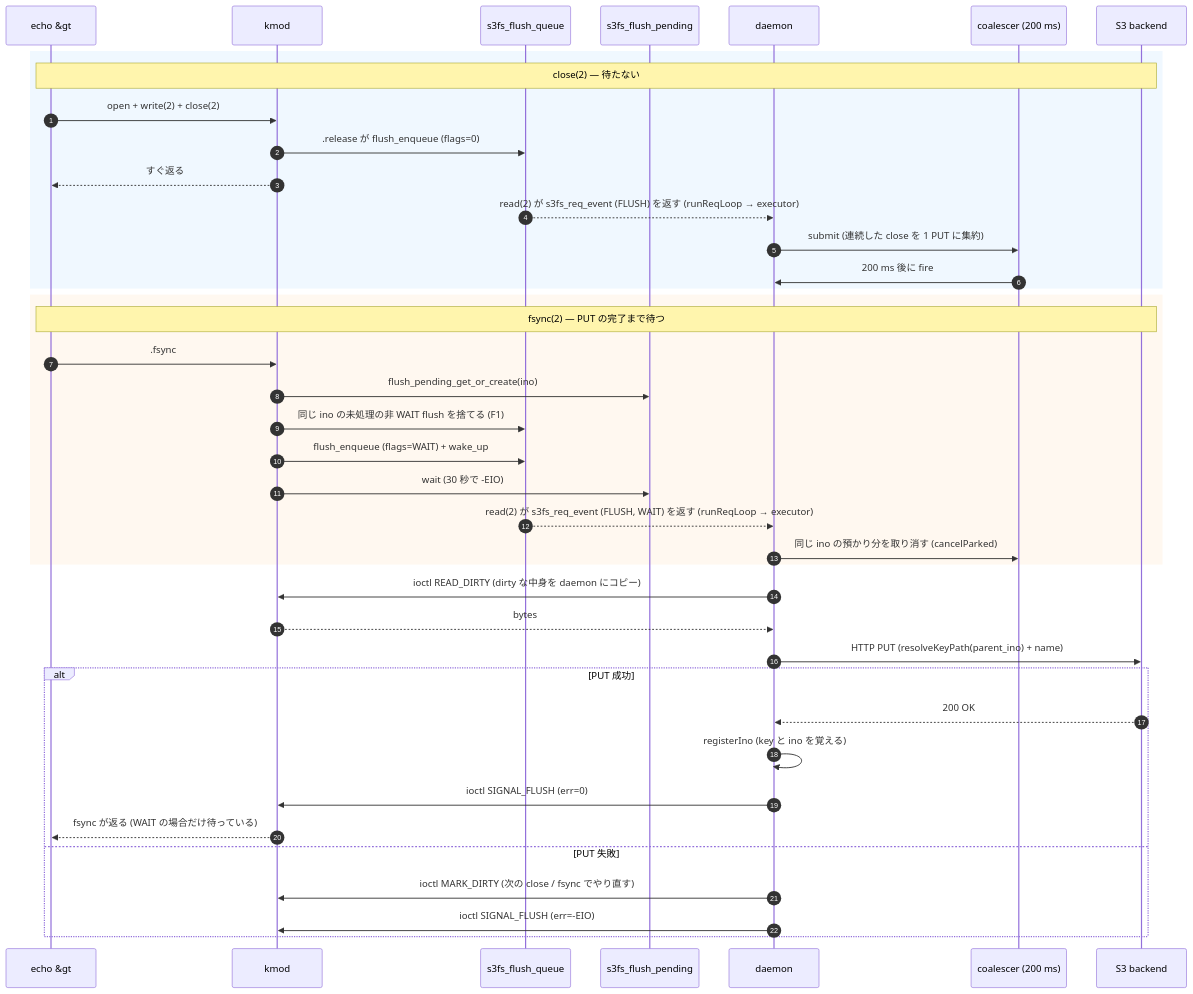
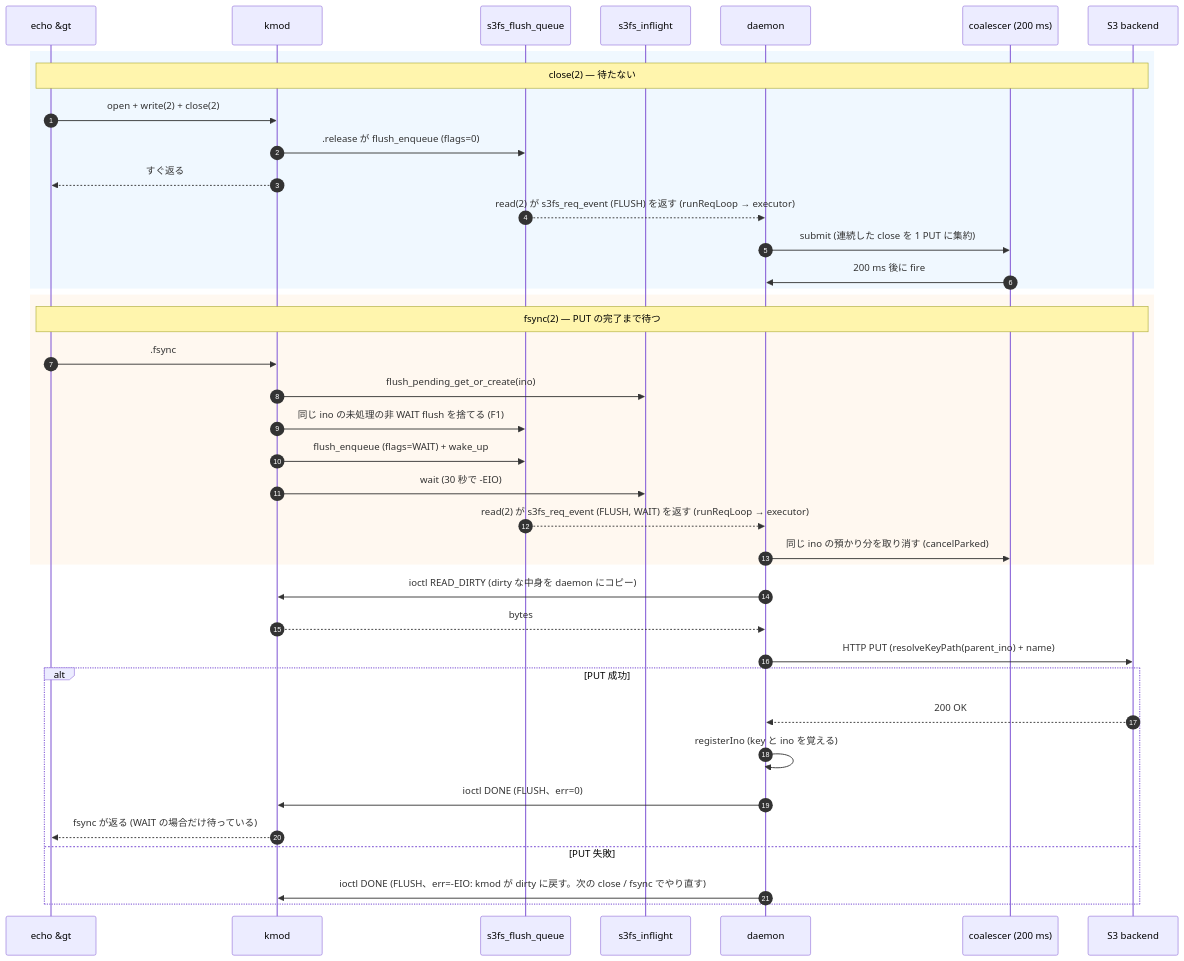
The third of 5 diagrams in docs/design/component-communication.md (masu-mi/s3fs-ebpf), drawn with Mermaid before and after one commit. The commit also changed other lines of this file and 33 other files, not shown here.

First line of the commit message:
v2 Phase 4 (part 3): one inflight table and one DONE ioctl; fsync waits for an in-flight flush (AC-96)

````diff
--- a/docs/design/component-communication.md
+++ b/docs/design/component-communication.md
@@ -203,45 +201,44 @@
 ```mermaid
 sequenceDiagram
     autonumber
     participant App as echo &gt;
     participant Kmod as kmod
     participant FQ as s3fs_flush_queue
-    participant FP as s3fs_flush_pending
+    participant FP as s3fs_inflight
     participant Daemon as daemon
     participant Coal as coalescer (200 ms)
     participant S3 as S3 backend
 
     rect rgb(240,248,255)
     Note over App,S3: close(2) — 待たない
     App->>Kmod: open + write(2) + close(2)
     Kmod->>FQ: .release が flush_enqueue (flags=0)
     Kmod-->>App: すぐ返る
     FQ-->>Daemon: read(2) が s3fs_req_event (FLUSH) を返す (runReqLoop → executor)
     Daemon->>Coal: submit (連続した close を 1 PUT に集約)
     Coal->>Daemon: 200 ms 後に fire
     end
 
     rect rgb(255,248,240)
     Note over App,S3: fsync(2) — PUT の完了まで待つ
     App->>Kmod: .fsync
     Kmod->>FP: flush_pending_get_or_create(ino)
     Kmod->>FQ: 同じ ino の未処理の非 WAIT flush を捨てる (F1)
     Kmod->>FQ: flush_enqueue (flags=WAIT) + wake_up
     Kmod->>FP: wait (30 秒で -EIO)
     FQ-->>Daemon: read(2) が s3fs_req_event (FLUSH, WAIT) を返す (runReqLoop → executor)
     Daemon->>Coal: 同じ ino の預かり分を取り消す (cancelParked)
     end
 
     Daemon->>Kmod: ioctl READ_DIRTY (dirty な中身を daemon にコピー)
     Kmod-->>Daemon: bytes
     Daemon->>S3: HTTP PUT (resolveKeyPath(parent_ino) + name)
     alt PUT 成功
       S3-->>Daemon: 200 OK
       Daemon->>Daemon: registerIno (key と ino を覚える)
-      Daemon->>Kmod: ioctl SIGNAL_FLUSH (err=0)
+      Daemon->>Kmod: ioctl DONE (FLUSH、err=0)
       Kmod-->>App: fsync が返る (WAIT の場合だけ待っている)
     else PUT 失敗
-      Daemon->>Kmod: ioctl MARK_DIRTY (次の close / fsync でやり直す)
-      Daemon->>Kmod: ioctl SIGNAL_FLUSH (err=-EIO)
+      Daemon->>Kmod: ioctl DONE (FLUSH、err=-EIO: kmod が dirty に戻す。次の close / fsync でやり直す)
     end
 ```
````
